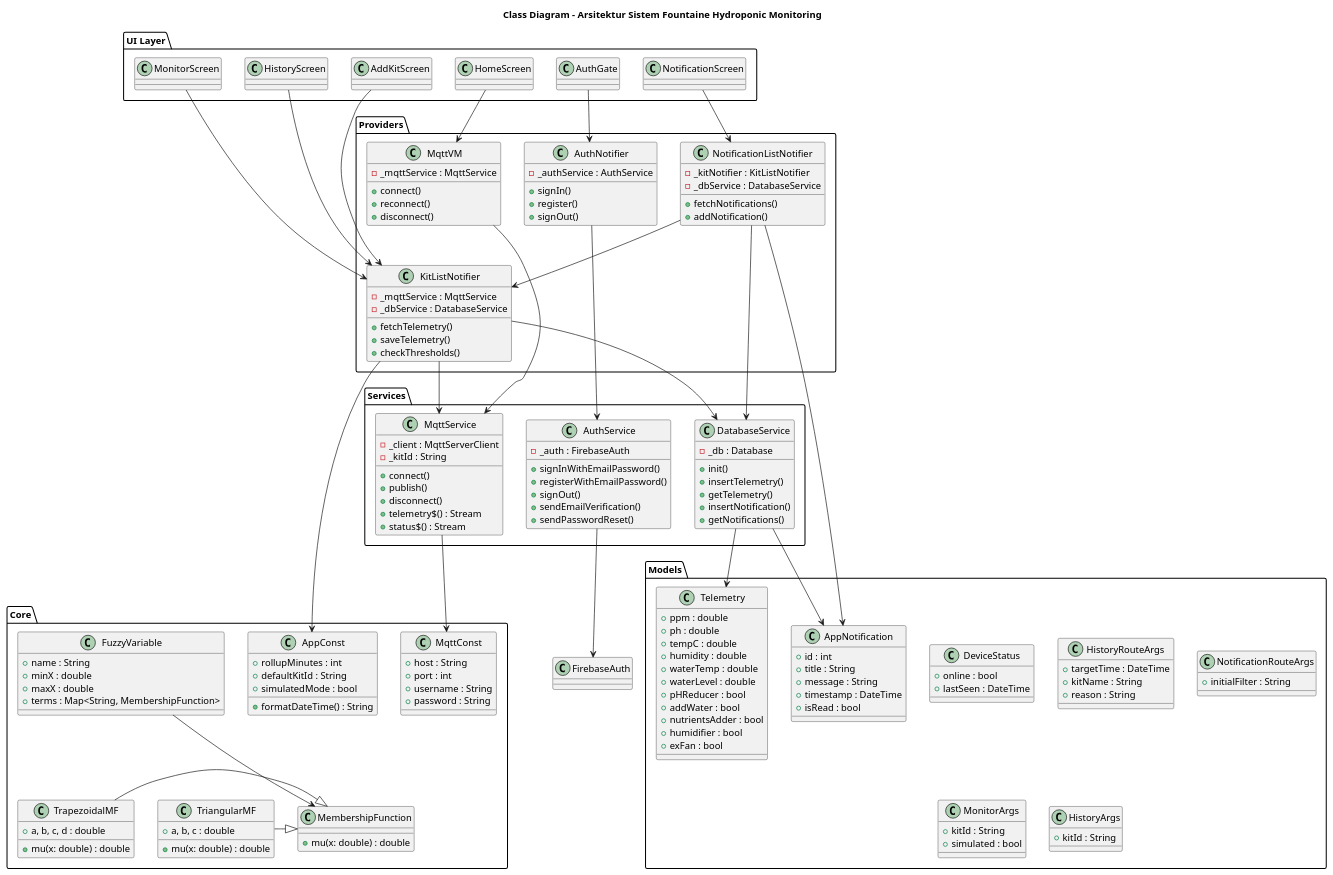
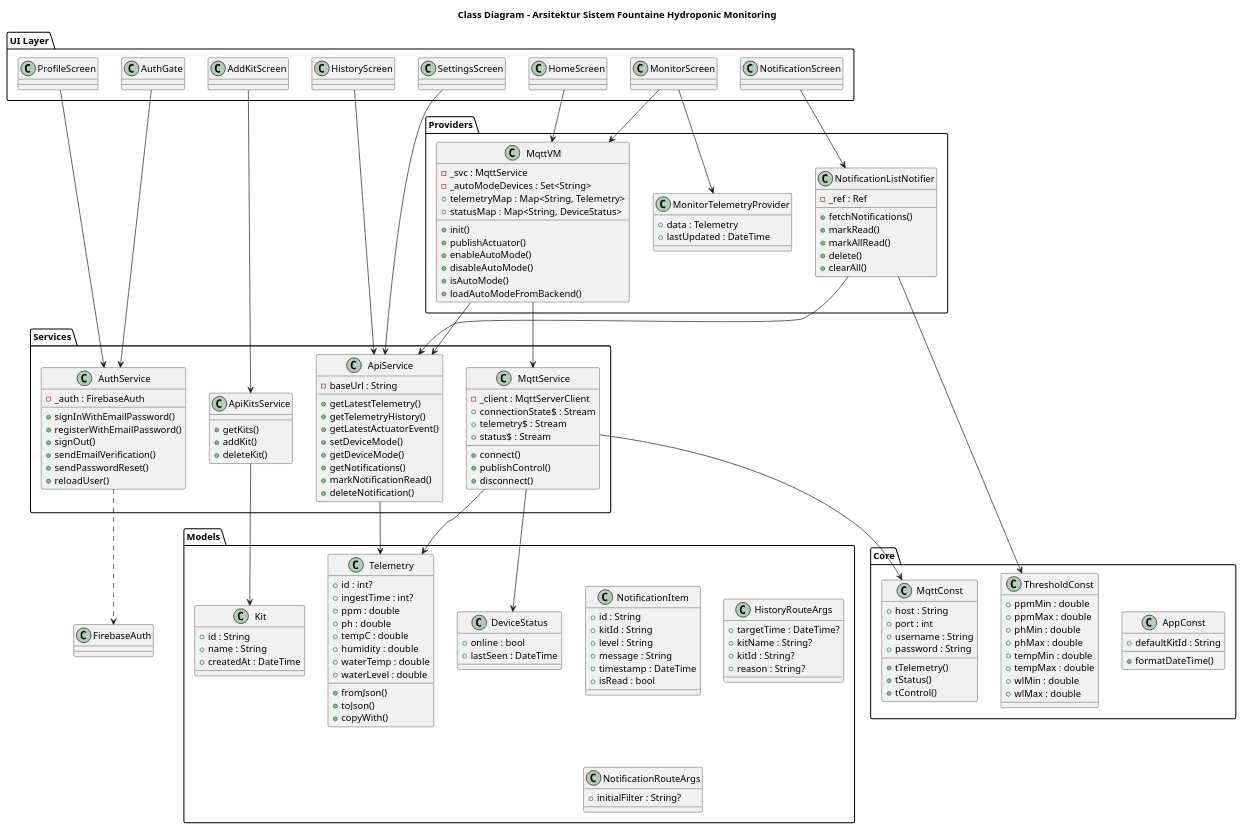
The diagram in docs/diagrams/class/class_architecture.puml (DarmawanWisnu/flutter-cea-system), drawn with PlantUML before and after one commit. The commit also changed 29 other files, not shown here.

```diff
--- a/docs/diagrams/class/class_architecture.puml
+++ b/docs/diagrams/class/class_architecture.puml
@@ -1,194 +1,190 @@
 @startuml
 title Class Diagram - Arsitektur Sistem Fountaine Hydroponic Monitoring
 
 ' =================== UI LAYER ===================
 package "UI Layer" {
   class AuthGate
+  class HomeScreen
   class MonitorScreen
   class HistoryScreen
   class NotificationScreen
   class AddKitScreen
-  class HomeScreen
+  class SettingsScreen
+  class ProfileScreen
 }
 
 ' =================== PROVIDER LAYER ===================
 package "Providers" {
-  class AuthNotifier {
-    - _authService : AuthService
-    + signIn()
-    + register()
-    + signOut()
-  }
-
   class MqttVM {
-    - _mqttService : MqttService
-    + connect()
-    + reconnect()
-    + disconnect()
-  }
-
-  class KitListNotifier {
-    - _mqttService : MqttService
-    - _dbService : DatabaseService
-    + fetchTelemetry()
-    + saveTelemetry()
-    + checkThresholds()
+    - _svc : MqttService
+    - _autoModeDevices : Set<String>
+    + telemetryMap : Map<String, Telemetry>
+    + statusMap : Map<String, DeviceStatus>
+    + init()
+    + publishActuator()
+    + enableAutoMode()
+    + disableAutoMode()
+    + isAutoMode()
+    + loadAutoModeFromBackend()
   }
 
   class NotificationListNotifier {
-    - _kitNotifier : KitListNotifier
-    - _dbService : DatabaseService
+    - _ref : Ref
     + fetchNotifications()
-    + addNotification()
+    + markRead()
+    + markAllRead()
+    + delete()
+    + clearAll()
+  }
+
+  class MonitorTelemetryProvider {
+    + data : Telemetry
+    + lastUpdated : DateTime
   }
 }
 
 ' =================== SERVICE LAYER ===================
 package "Services" {
   class AuthService {
     - _auth : FirebaseAuth
     + signInWithEmailPassword()
     + registerWithEmailPassword()
     + signOut()
     + sendEmailVerification()
     + sendPasswordReset()
+    + reloadUser()
   }
 
   class MqttService {
     - _client : MqttServerClient
-    - _kitId : String
+    + connectionState$ : Stream
+    + telemetry$ : Stream
+    + status$ : Stream
     + connect()
-    + publish()
+    + publishControl()
     + disconnect()
-    + telemetry$() : Stream
-    + status$() : Stream
   }
 
-  class DatabaseService {
-    - _db : Database
-    + init()
-    + insertTelemetry()
-    + getTelemetry()
-    + insertNotification()
+  class ApiService {
+    - baseUrl : String
+    + getLatestTelemetry()
+    + getTelemetryHistory()
+    + getLatestActuatorEvent()
+    + setDeviceMode()
+    + getDeviceMode()
     + getNotifications()
+    + markNotificationRead()
+    + deleteNotification()
+  }
+
+  class ApiKitsService {
+    + getKits()
+    + addKit()
+    + deleteKit()
   }
 }
 
 ' =================== MODEL LAYER ===================
 package "Models" {
   class Telemetry {
+    + id : int?
+    + ingestTime : int?
     + ppm : double
     + ph : double
     + tempC : double
     + humidity : double
     + waterTemp : double
     + waterLevel : double
-    + pHReducer : bool
-    + addWater : bool
-    + nutrientsAdder : bool
-    + humidifier : bool
-    + exFan : bool
+    + fromJson()
+    + toJson()
+    + copyWith()
   }
 
   class DeviceStatus {
     + online : bool
     + lastSeen : DateTime
   }
 
-  class AppNotification {
-    + id : int
-    + title : String
+  class Kit {
+    + id : String
+    + name : String
+    + createdAt : DateTime
+  }
+
+  class NotificationItem {
+    + id : String
+    + kitId : String
+    + level : String
     + message : String
     + timestamp : DateTime
     + isRead : bool
   }
 
   class HistoryRouteArgs {
-    + targetTime : DateTime
-    + kitName : String
-    + reason : String
+    + targetTime : DateTime?
+    + kitName : String?
+    + kitId : String?
+    + reason : String?
   }
 
   class NotificationRouteArgs {
-    + initialFilter : String
-  }
-
-  class MonitorArgs {
-    + kitId : String
-    + simulated : bool
-  }
-
-  class HistoryArgs {
-    + kitId : String
+    + initialFilter : String?
   }
 }
 
 ' =================== CORE LAYER ===================
 package "Core" {
   class AppConst {
-    + rollupMinutes : int
     + defaultKitId : String
-    + simulatedMode : bool
-    + formatDateTime() : String
+    + formatDateTime()
   }
 
   class MqttConst {
     + host : String
     + port : int
     + username : String
     + password : String
+    + tTelemetry()
+    + tStatus()
+    + tControl()
   }
 
-  class MembershipFunction {
-    + mu(x: double) : double
-  }
-
-  class TriangularMF {
-    + a, b, c : double
-    + mu(x: double) : double
-  }
-
-  class TrapezoidalMF {
-    + a, b, c, d : double
-    + mu(x: double) : double
-  }
-
-  class FuzzyVariable {
-    + name : String
-    + minX : double
-    + maxX : double
-    + terms : Map<String, MembershipFunction>
+  class ThresholdConst {
+    + ppmMin : double
+    + ppmMax : double
+    + phMin : double
+    + phMax : double
+    + tempMin : double
+    + tempMax : double
+    + wlMin : double
+    + wlMax : double
   }
 }
 
 ' =================== RELATIONSHIPS ===================
 ' --- UI Relations ---
-AuthGate --> AuthNotifier
-MonitorScreen --> KitListNotifier
-HistoryScreen --> KitListNotifier
+AuthGate --> AuthService
+HomeScreen --> MqttVM
+MonitorScreen --> MqttVM
+MonitorScreen --> MonitorTelemetryProvider
+HistoryScreen --> ApiService
 NotificationScreen --> NotificationListNotifier
-AddKitScreen --> KitListNotifier
-HomeScreen --> MqttVM
+AddKitScreen --> ApiKitsService
+SettingsScreen --> ApiService
+ProfileScreen --> AuthService
 
 ' --- Provider Relations ---
-AuthNotifier --> AuthService
 MqttVM --> MqttService
-KitListNotifier --> MqttService
-KitListNotifier --> DatabaseService
-KitListNotifier --> AppConst
-NotificationListNotifier --> KitListNotifier
-NotificationListNotifier --> DatabaseService
-NotificationListNotifier --> AppNotification
+MqttVM --> ApiService
+NotificationListNotifier --> ApiService
+NotificationListNotifier --> ThresholdConst
 
 ' --- Service Relations ---
 MqttService --> MqttConst
-DatabaseService --> Telemetry
-DatabaseService --> AppNotification
-AuthService --> FirebaseAuth
-
-' --- Core Relations ---
-FuzzyVariable --> MembershipFunction
-TriangularMF -|> MembershipFunction
-TrapezoidalMF -|> MembershipFunction
+MqttService --> Telemetry
+MqttService --> DeviceStatus
+ApiService --> Telemetry
+ApiKitsService --> Kit
+AuthService ..> FirebaseAuth
 
 @enduml
```
